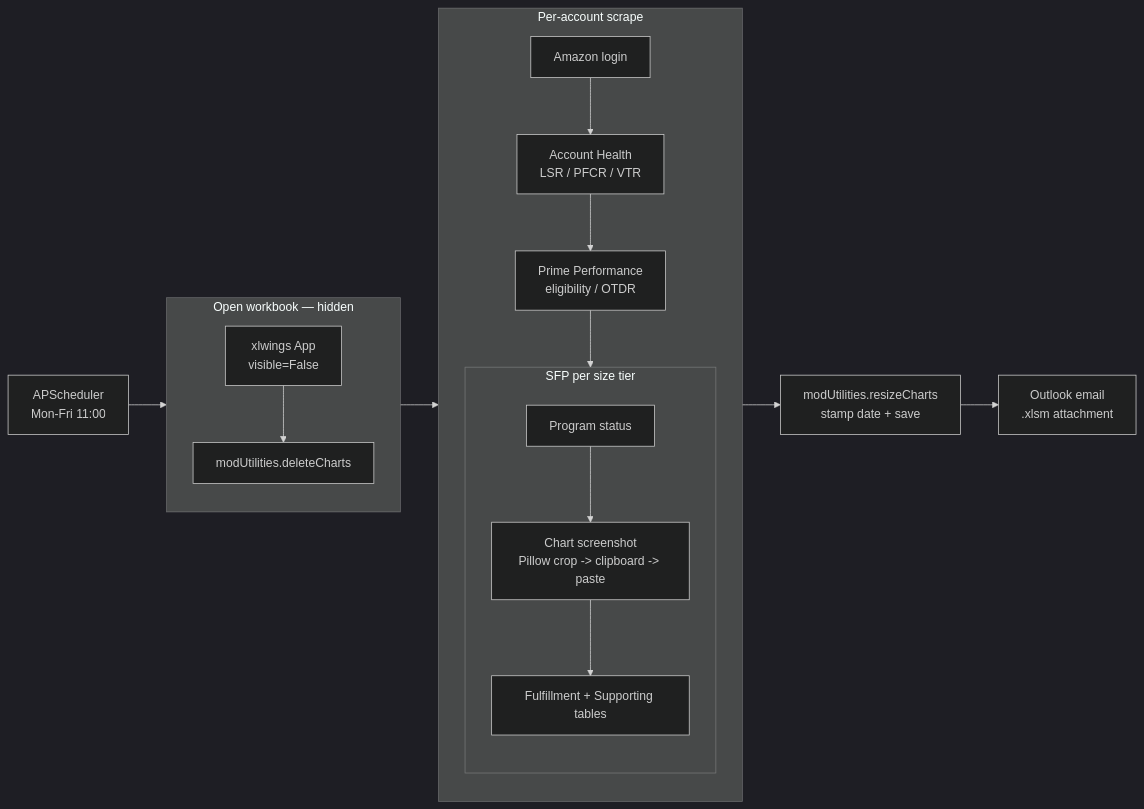
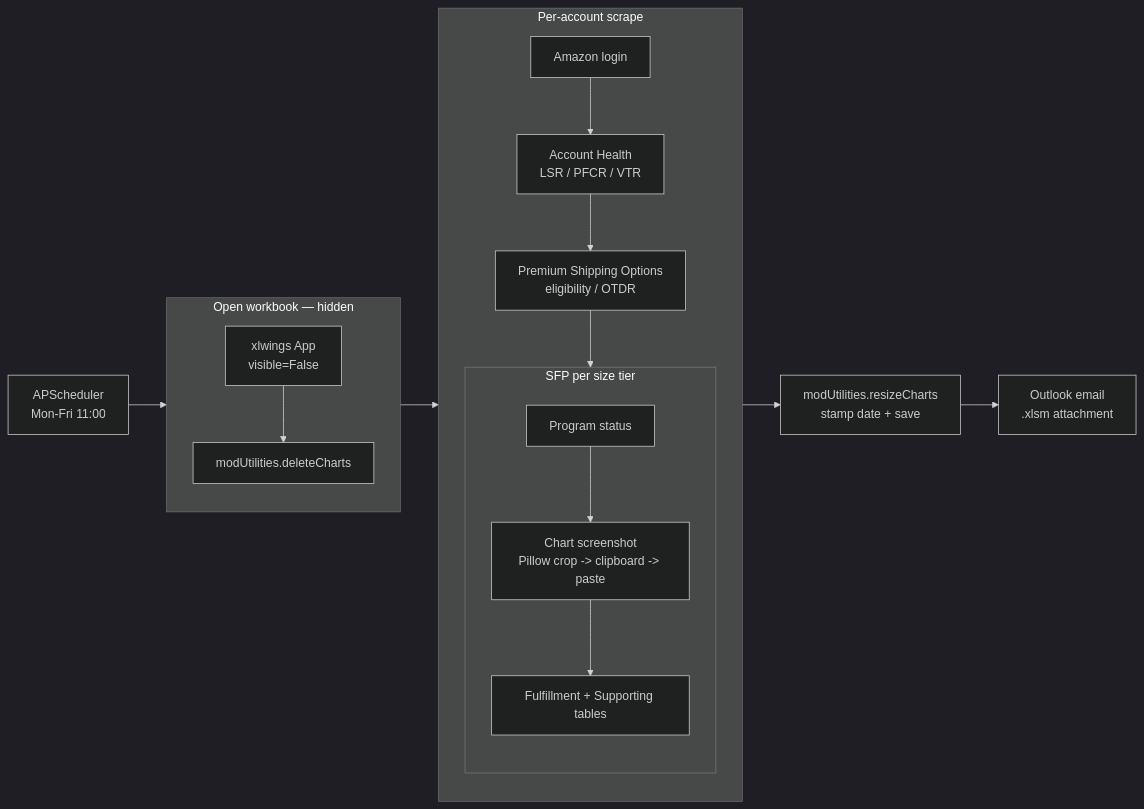
The diagram in README.md (dominicci13/amzn-account-health), drawn with Mermaid (dark theme) before and after one commit. The commit also changed other lines of this file and 3 other files, not shown here.

First line of the commit message:
fix: scrape Premium Shipping from new widget

````diff
--- a/README.md
+++ b/README.md
@@ -17,26 +17,26 @@
 ```mermaid
 flowchart LR
     sched[APScheduler<br/>Mon-Fri 11:00] --> open
 
     subgraph open[Open workbook — hidden]
         direction TB
         xl[xlwings App<br/>visible=False] --> clear[modUtilities.deleteCharts]
     end
 
     clear --> loop
 
     subgraph loop[Per-account scrape]
         direction TB
         login[Amazon login] --> ah[Account Health<br/>LSR / PFCR / VTR]
-        ah --> prime[Prime Performance<br/>eligibility / OTDR]
+        ah --> prime[Premium Shipping Options<br/>eligibility / OTDR]
         prime --> sfp
         subgraph sfp[SFP per size tier]
             direction TB
             status[Program status] --> chart[Chart screenshot<br/>Pillow crop -> clipboard -> paste]
             chart --> tables[Fulfillment + Supporting tables]
         end
     end
 
     loop --> finalize[modUtilities.resizeCharts<br/>stamp date + save]
     finalize --> email[Outlook email<br/>.xlsm attachment]
 ```
````
